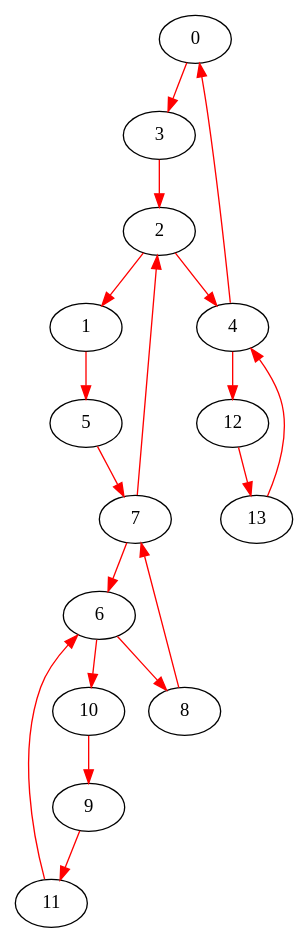
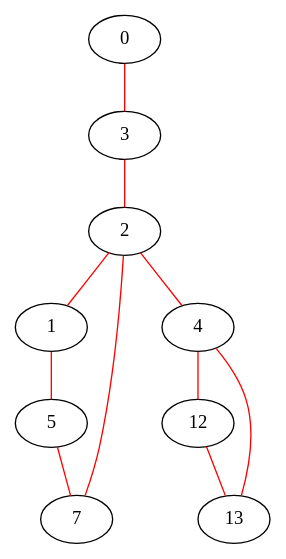
The diagram in week4b/eulerian/multiloopnew.dot (amitkvikram/CS2100), drawn with Graphviz before and after one commit. The commit also changed 24 other files, not shown here.

```diff
--- a/week4b/eulerian/multiloopnew.dot
+++ b/week4b/eulerian/multiloopnew.dot
@@ -1,21 +1,13 @@
-digraph multiloop{
-	0 -> 3[color=red];
-	3 -> 2[color=red];
-	2 -> 1[color=red];
-	1 -> 5[color=red];
-	5 -> 7[color=red];
-	7 -> 6[color=red];
-	6 -> 10[color=red];
-	10 -> 9[color=red];
-	9 -> 11[color=red];
-	11 -> 6[color=red];
-	6 -> 8[color=red];
-	8 -> 7[color=red];
-	7 -> 2[color=red];
-	2 -> 4[color=red];
-	4 -> 12[color=red];
-	12 -> 13[color=red];
-	13 -> 4[color=red];
-	4 -> 0[color=red];
+graph multiloop{
+	0 -- 3[color=red];
+	3 -- 2[color=red];
+	2 -- 1[color=red];
+	1 -- 5[color=red];
+	5 -- 7[color=red];
+	7 -- 2[color=red];
+	2 -- 4[color=red];
+	4 -- 12[color=red];
+	12 -- 13[color=red];
+	13 -- 4[color=red];
 	13
 }
```
